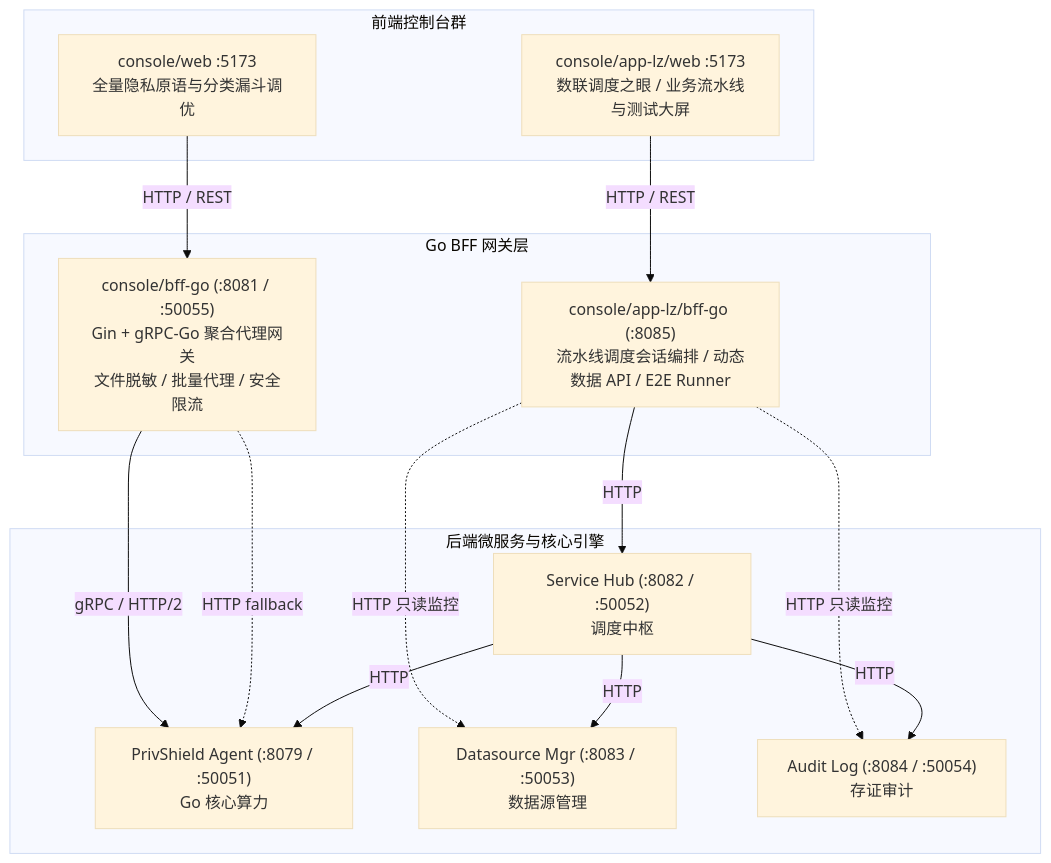
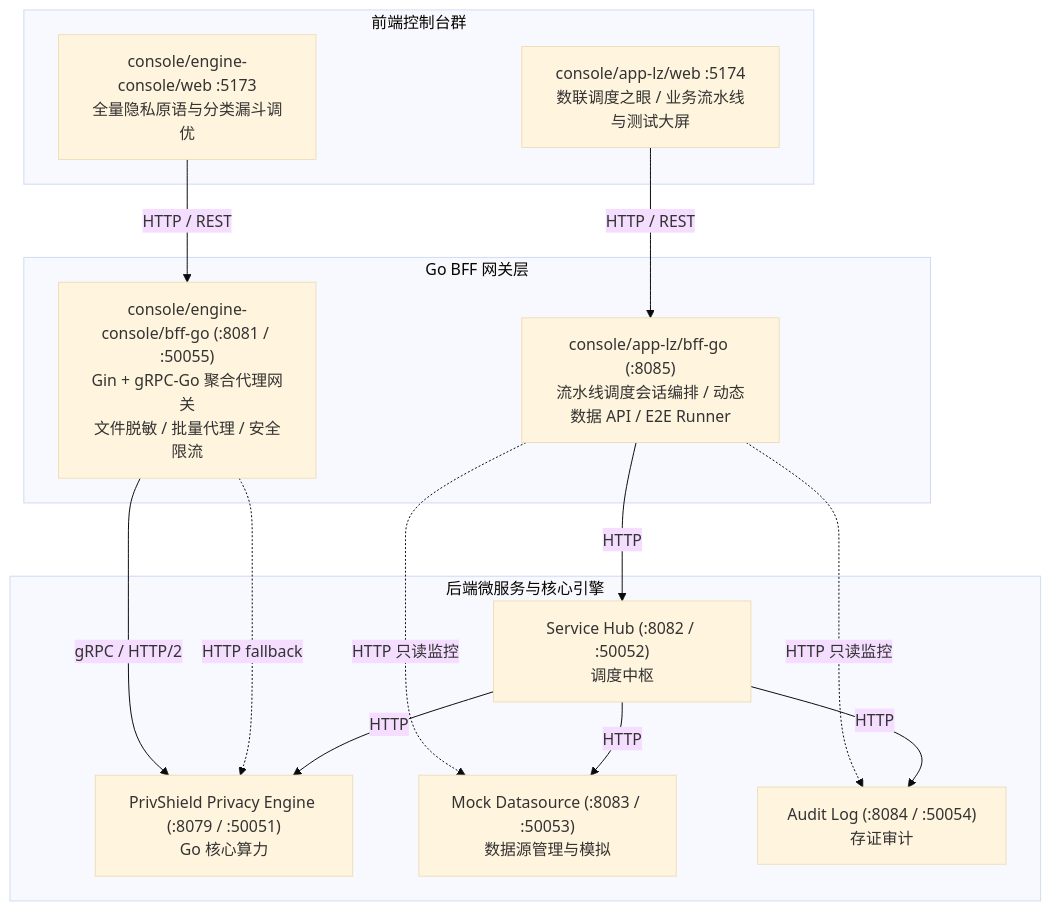
The diagram in docs/architecture/console.md (fengzhizi319/PrivShield-go), drawn with Mermaid (base theme) before and after one commit. The commit also changed other lines of this file and 10 other files, not shown here.

Commit message:
docs(architecture): align all architecture documents with v3.0 specification

````diff
--- a/docs/architecture/console.md
+++ b/docs/architecture/console.md
@@ -25,33 +25,33 @@
 ```mermaid
 graph TD
     subgraph Presentation [前端控制台群]
-        WebFull[console/web :5173<br/>全量隐私原语与分类漏斗调优]
-        WebAppLZ[console/app-lz/web :5173<br/>数联调度之眼 / 业务流水线与测试大屏]
+        WebFull[console/engine-console/web :5173<br/>全量隐私原语与分类漏斗调优]
+        WebAppLZ[console/app-lz/web :5174<br/>数联调度之眼 / 业务流水线与测试大屏]
     end
 
     subgraph BFFGateways [Go BFF 网关层]
-        GoBFF["console/bff-go (:8081 / :50055)<br/>Gin + gRPC-Go 聚合代理网关<br/>文件脱敏 / 批量代理 / 安全限流"]
+        GoBFF["console/engine-console/bff-go (:8081 / :50055)<br/>Gin + gRPC-Go 聚合代理网关<br/>文件脱敏 / 批量代理 / 安全限流"]
         GoLZBFF["console/app-lz/bff-go (:8085)<br/>流水线调度会话编排 / 动态数据 API / E2E Runner"]
     end
 
     subgraph UpstreamServices [后端微服务与核心引擎]
-        Agent["PrivShield Agent (:8079 / :50051)<br/>Go 核心算力"]
+        Agent["PrivShield Privacy Engine (:8079 / :50051)<br/>Go 核心算力"]
         Hub["Service Hub (:8082 / :50052)<br/>调度中枢"]
-        DSMgr["Datasource Mgr (:8083 / :50053)<br/>数据源管理"]
+        DSMgr["Mock Datasource (:8083 / :50053)<br/>数据源管理与模拟"]
         Audit["Audit Log (:8084 / :50054)<br/>存证审计"]
     end
 
     WebFull -->|HTTP / REST| GoBFF
     WebAppLZ -->|HTTP / REST| GoLZBFF
 
     GoBFF -->|gRPC / HTTP/2| Agent
     GoBFF -.->|HTTP fallback| Agent
 
     GoLZBFF -->|HTTP| Hub
     GoLZBFF -.->|HTTP 只读监控| DSMgr
     GoLZBFF -.->|HTTP 只读监控| Audit
 
     Hub -->|HTTP| DSMgr
     Hub -->|HTTP| Agent
     Hub -->|HTTP| Audit
 ```
````
